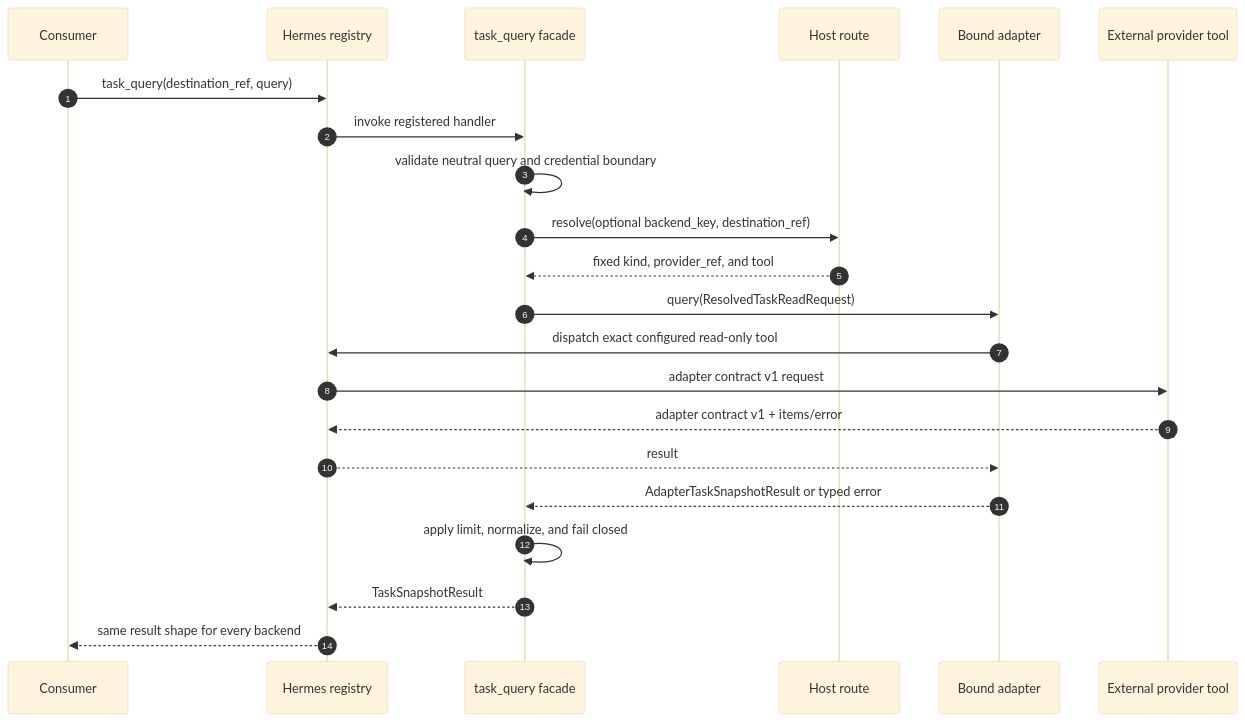
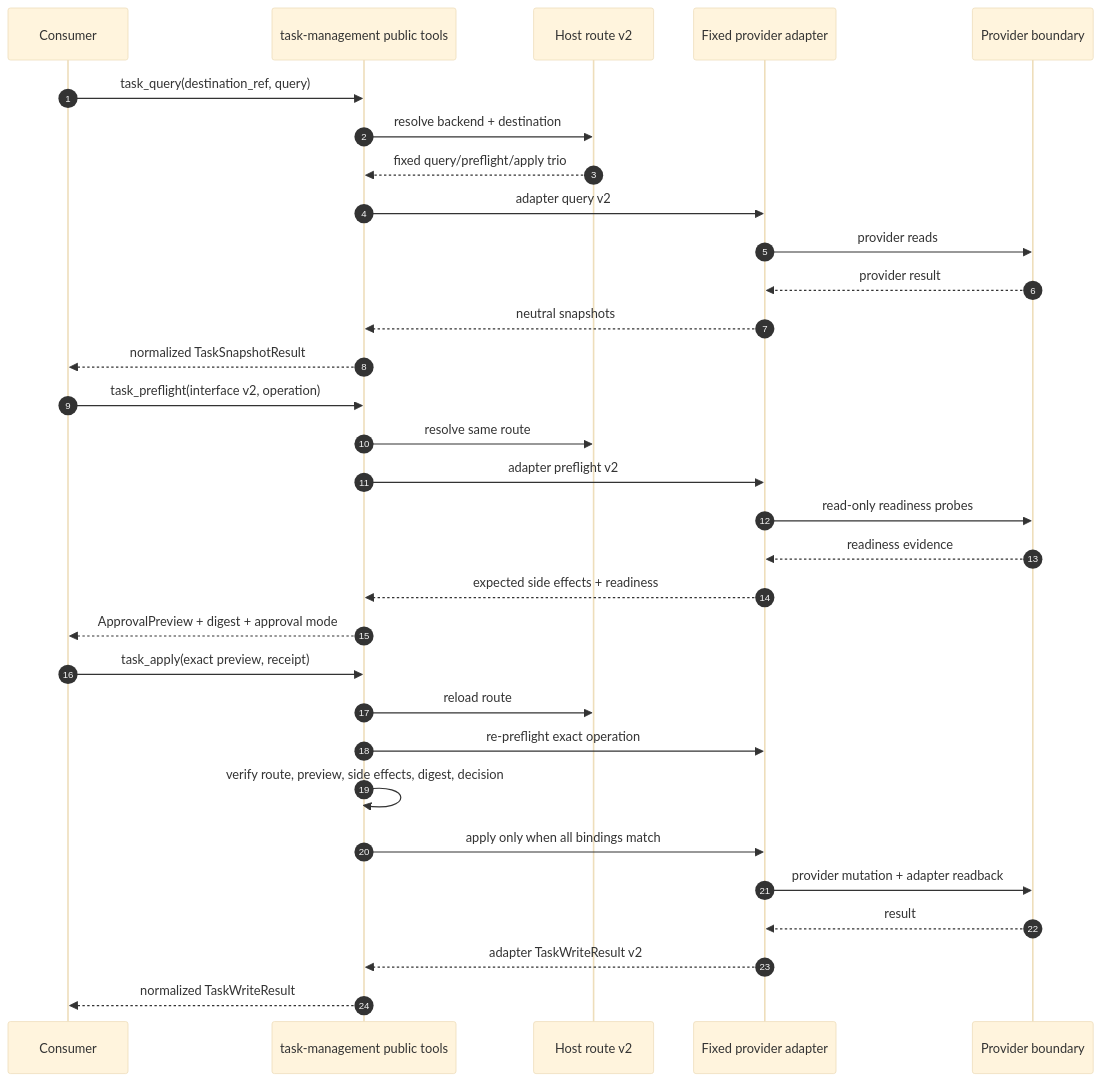
Before and after one commit to omitsuhashi/skills: the diagram in plugins/task-management/skills/task-management/references/routing-flow.md, drawn with Mermaid (base theme). The commit also changed other lines of this file and 35 other files, not shown here.

Commit message:
Complete POTASK-019 task backend integration

````diff
--- a/plugins/task-management/skills/task-management/references/routing-flow.md
+++ b/plugins/task-management/skills/task-management/references/routing-flow.md
@@ -43,25 +9,36 @@
 ```mermaid
 sequenceDiagram
     autonumber
     participant C as Consumer
-    participant H as Hermes registry
-    participant F as task_query facade
-    participant R as Host route
-    participant A as Bound adapter
-    participant P as External provider tool
+    participant T as task-management public tools
+    participant R as Host route v2
+    participant A as Fixed provider adapter
+    participant P as Provider boundary
 
-    C->>H: task_query(destination_ref, query)
-    H->>F: invoke registered handler
-    F->>F: validate neutral query and credential boundary
-    F->>R: resolve(optional backend_key, destination_ref)
-    R-->>F: fixed kind, provider_ref, and tool
-    F->>A: query(ResolvedTaskReadRequest)
-    A->>H: dispatch exact configured read-only tool
-    H->>P: adapter contract v1 request
-    P-->>H: adapter contract v1 + items/error
-    H-->>A: result
-    A-->>F: AdapterTaskSnapshotResult or typed error
-    F->>F: apply limit, normalize, and fail closed
-    F-->>H: TaskSnapshotResult
-    H-->>C: same result shape for every backend
+    C->>T: task_query(destination_ref, query)
+    T->>R: resolve backend + destination
+    R-->>T: fixed query/preflight/apply trio
+    T->>A: adapter query v2
+    A->>P: provider reads
+    P-->>A: provider result
+    A-->>T: neutral snapshots
+    T-->>C: normalized TaskSnapshotResult
+
+    C->>T: task_preflight(interface v2, operation)
+    T->>R: resolve same route
+    T->>A: adapter preflight v2
+    A->>P: read-only readiness probes
+    P-->>A: readiness evidence
+    A-->>T: expected side effects + readiness
+    T-->>C: ApprovalPreview + digest + approval mode
+
+    C->>T: task_apply(exact preview, receipt)
+    T->>R: reload route
+    T->>A: re-preflight exact operation
+    T->>T: verify route, preview, side effects, digest, decision
+    T->>A: apply only when all bindings match
+    A->>P: provider mutation + adapter readback
+    P-->>A: result
+    A-->>T: adapter TaskWriteResult v2
+    T-->>C: normalized TaskWriteResult
 ```
````
